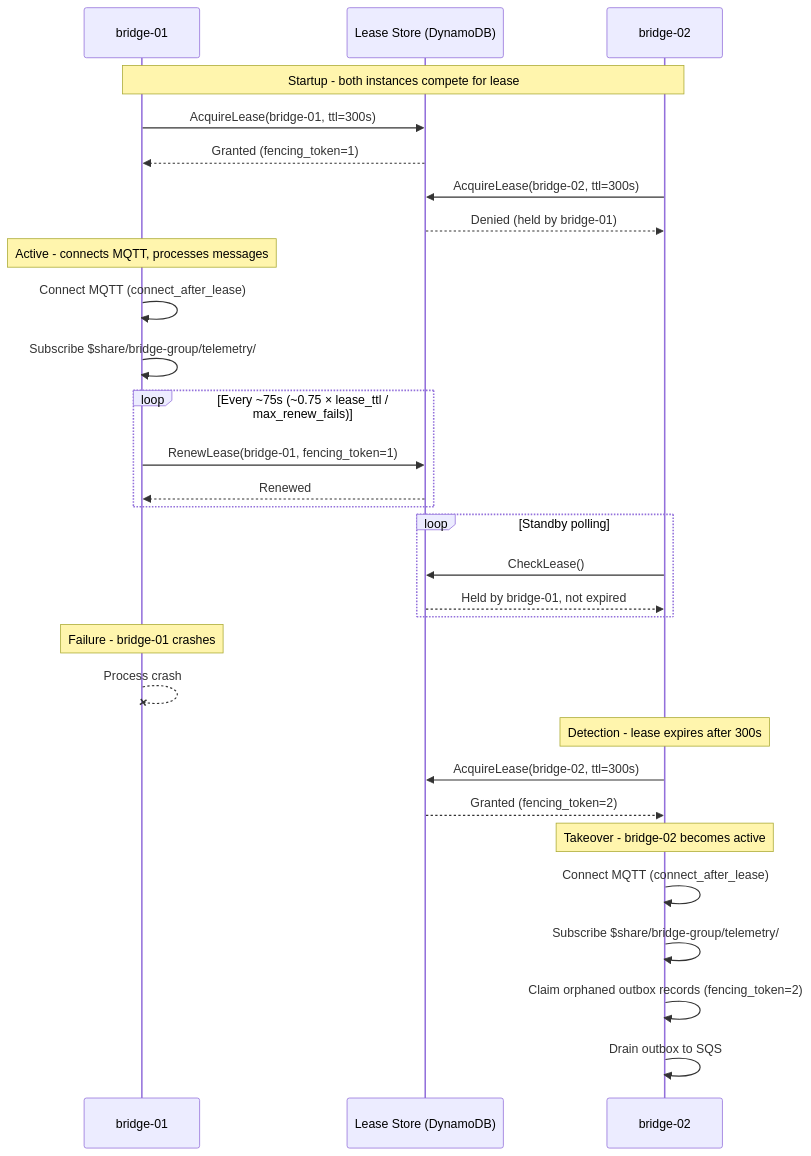
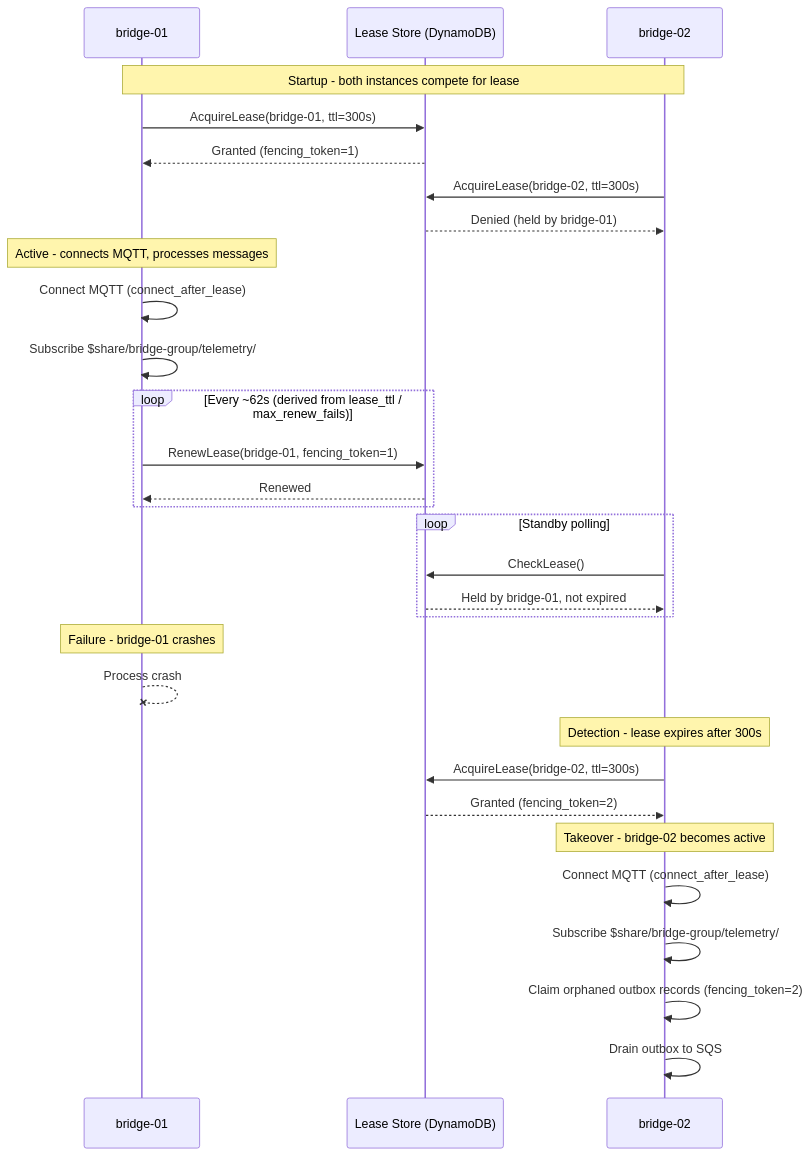
The second of 3 diagrams in docs/scenarios/08-clustered-exclusive-sessions.md (mariotoffia/gobridge), drawn with Mermaid before and after one commit. The commit also changed other lines of this file and 122 other files, not shown here.

````diff
--- a/docs/scenarios/08-clustered-exclusive-sessions.md
+++ b/docs/scenarios/08-clustered-exclusive-sessions.md
@@ -234,44 +245,44 @@
 ```mermaid
 sequenceDiagram
     participant B1 as bridge-01
     participant LS as Lease Store (DynamoDB)
     participant B2 as bridge-02
 
     Note over B1,B2: Startup - both instances compete for lease
 
     B1->>LS: AcquireLease(bridge-01, ttl=300s)
     LS-->>B1: Granted (fencing_token=1)
     B2->>LS: AcquireLease(bridge-02, ttl=300s)
     LS-->>B2: Denied (held by bridge-01)
 
     Note over B1: Active - connects MQTT, processes messages
 
     B1->>B1: Connect MQTT (connect_after_lease)
     B1->>B1: Subscribe $share/bridge-group/telemetry/#
 
-    loop Every ~75s (~0.75 × lease_ttl / max_renew_fails)
+    loop Every ~62s (derived from lease_ttl / max_renew_fails)
         B1->>LS: RenewLease(bridge-01, fencing_token=1)
         LS-->>B1: Renewed
     end
 
     loop Standby polling
         B2->>LS: CheckLease()
         LS-->>B2: Held by bridge-01, not expired
     end
 
     Note over B1: Failure - bridge-01 crashes
 
     B1--xB1: Process crash
 
     Note over B2: Detection - lease expires after 300s
 
     B2->>LS: AcquireLease(bridge-02, ttl=300s)
     LS-->>B2: Granted (fencing_token=2)
 
     Note over B2: Takeover - bridge-02 becomes active
 
     B2->>B2: Connect MQTT (connect_after_lease)
     B2->>B2: Subscribe $share/bridge-group/telemetry/#
     B2->>B2: Claim orphaned outbox records (fencing_token=2)
     B2->>B2: Drain outbox to SQS
 ```
````
